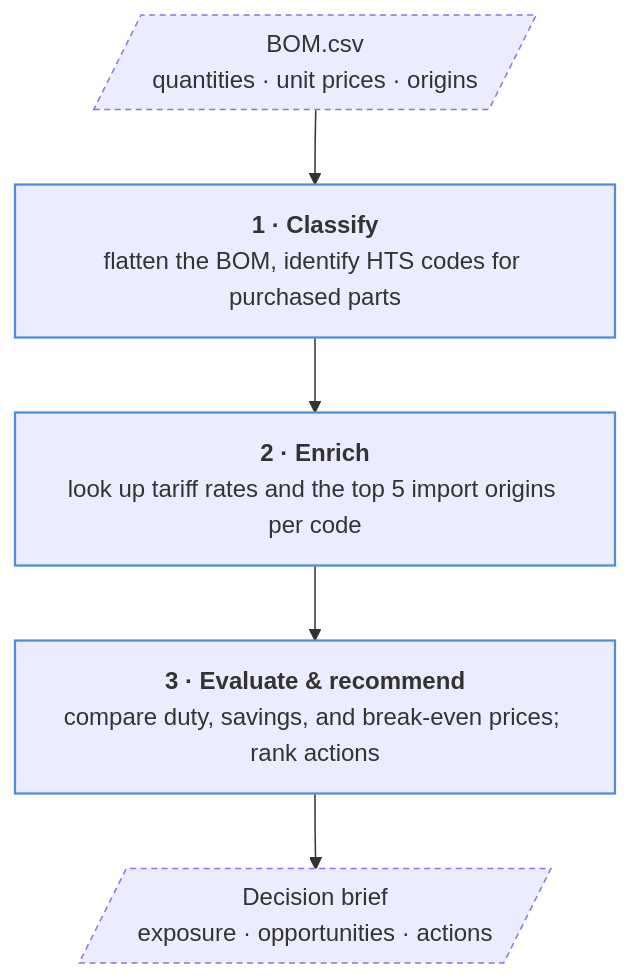
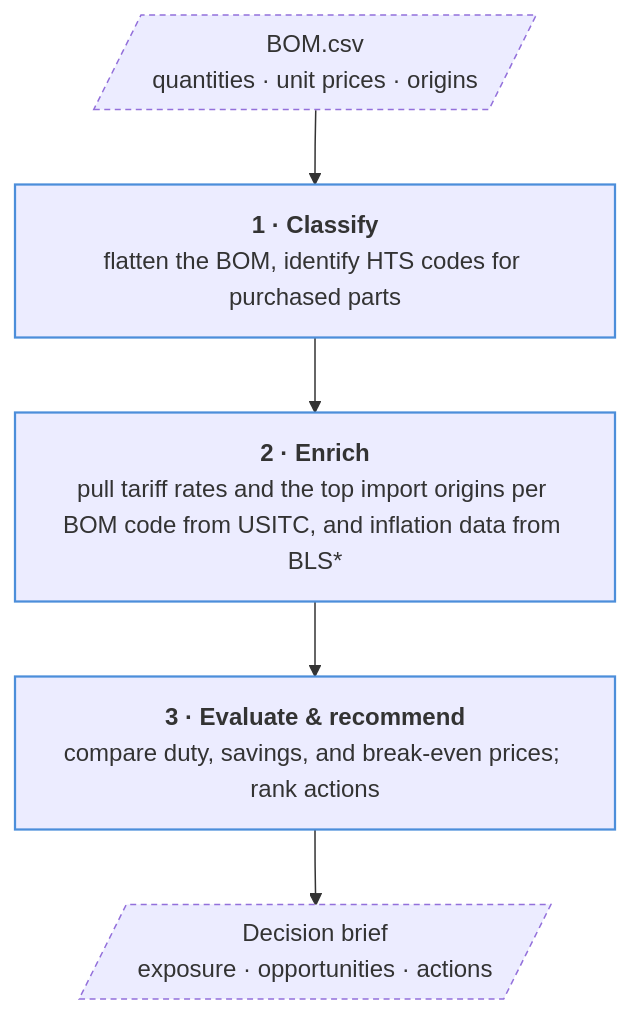
One commit to fjmatrix/bom-tariff-analysis-agent changed the diagram in README.md. Above: the diagram before and after it, drawn with Mermaid. The commit also changed other lines of this file and 12 other files, not shown here.

````diff
--- a/README.md
+++ b/README.md
@@ -17,21 +18,21 @@
 ```mermaid
 %%{init: {"flowchart": {"wrappingWidth": 340}} }%%
 flowchart TB
     IN[/"`BOM.csv
     quantities · unit prices · origins`"/]
     S1["`**1 · Classify**
     flatten the BOM, identify HTS codes for purchased parts`"]
     S2["`**2 · Enrich**
-    look up tariff rates and the top 5 import origins per code`"]
+    pull tariff rates and the top import origins per BOM code from USITC, and inflation data from BLS*`"]
     S3["`**3 · Evaluate & recommend**
     compare duty, savings, and break-even prices; rank actions`"]
     OUT[/"`Decision brief
     exposure · opportunities · actions`"/]
 
     IN --> S1 --> S2 --> S3 --> OUT
 
     classDef step stroke:#4c8eda,stroke-width:1.5px
     classDef io stroke-dasharray:4 3
     class S1,S2,S3 step
     class IN,OUT io
 ```
````
